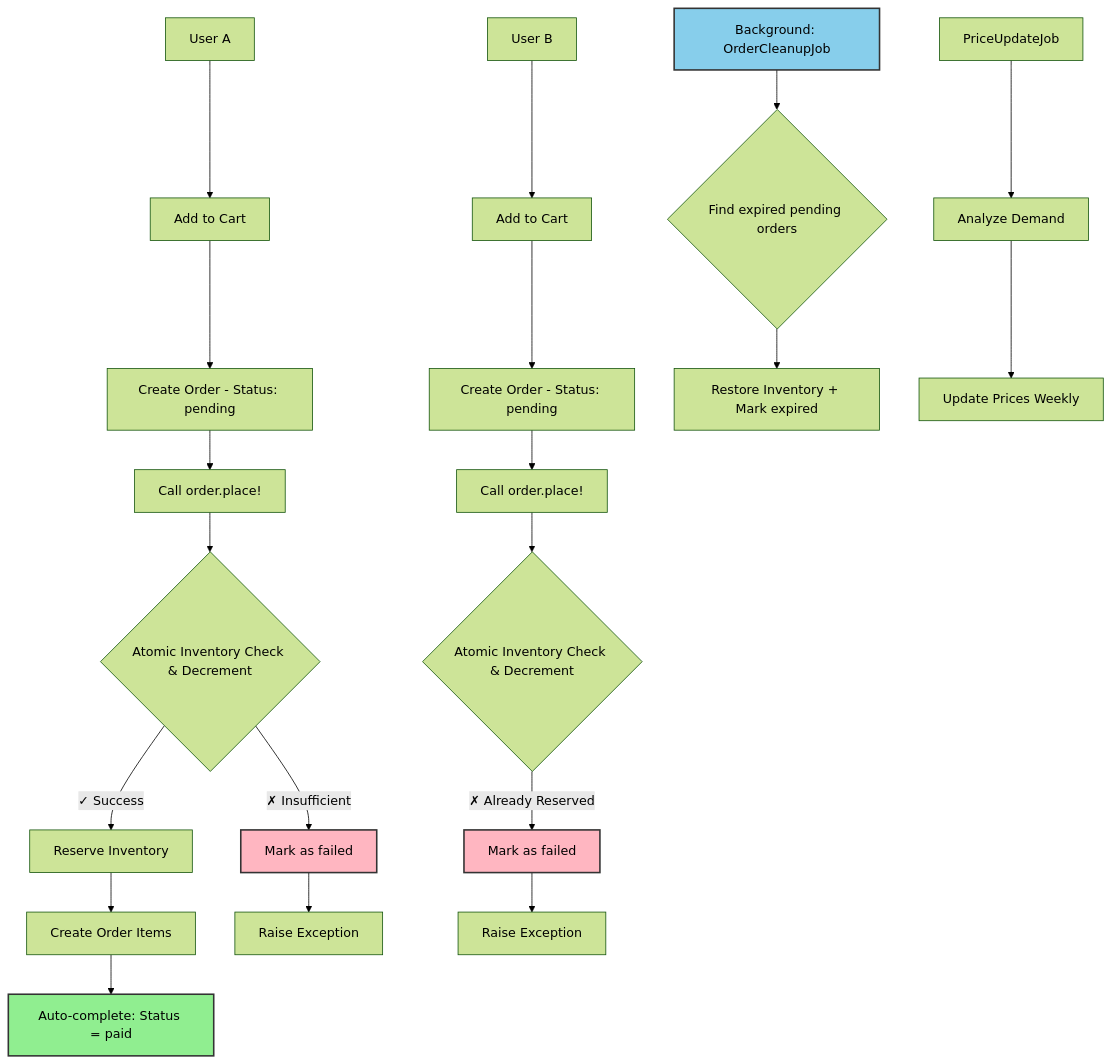
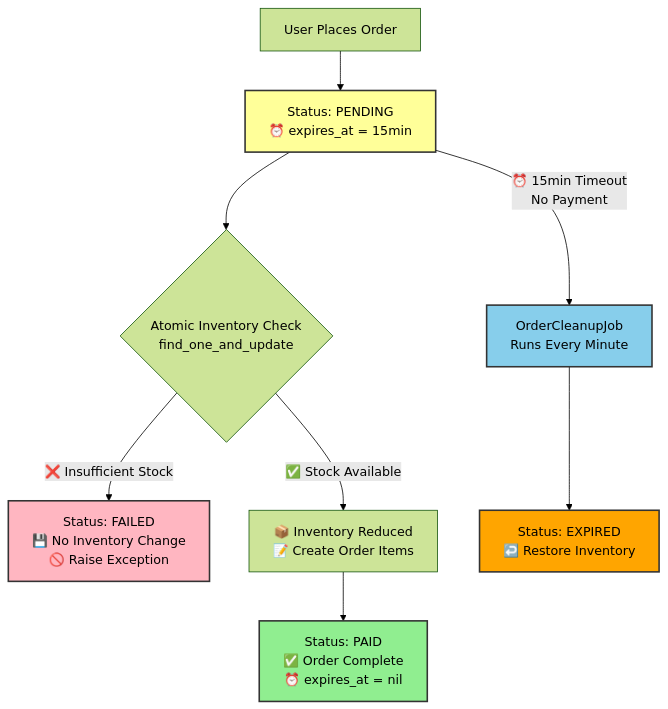
The diagram in README.md (mengrui-song/tablecheck-ruby-take-home), drawn with Mermaid (forest theme) before and after one commit.

Commit message:
docs: update flowchart in README

````diff
--- a/README.md
+++ b/README.md
@@ -108,35 +108,23 @@
 ```mermaid
 graph TD
-    A[User A] --> B[Add to Cart]
-    A2[User B] --> B2[Add to Cart]
-
-    B --> C[Create Order - Status: pending]
-    B2 --> C2[Create Order - Status: pending]
-
-    C --> D[Call order.place!]
-    C2 --> D2[Call order.place!]
-
-    D --> E{Atomic Inventory Check & Decrement}
-    D2 --> E2{Atomic Inventory Check & Decrement}
-
-    E -->|✓ Success| F[Reserve Inventory]
-    E -->|✗ Insufficient| G[Mark as failed]
-    E2 -->|✗ Already Reserved| G2[Mark as failed]
-
-    F --> H[Create Order Items]
-    H --> I[Auto-complete: Status = paid]
-
-    G --> J[Raise Exception]
-    G2 --> J2[Raise Exception]
-
-    K[Background: OrderCleanupJob] --> L{Find expired pending orders}
-    L --> M[Restore Inventory + Mark expired]
-
-    N[PriceUpdateJob] --> O[Analyze Demand]
-    O --> P[Update Prices Weekly]
-
-    style I fill:#90EE90,stroke:#333,stroke-width:2px
-    style G fill:#FFB6C1,stroke:#333,stroke-width:2px
-    style G2 fill:#FFB6C1,stroke:#333,stroke-width:2px
-    style K fill:#87CEEB,stroke:#333,stroke-width:2px
+    A[User Places Order] --> B[Status: PENDING<br/>⏰ expires_at = 15min]
+    
+    B --> C{Atomic Inventory Check<br/>find_one_and_update}
+    
+    C -->|❌ Insufficient Stock| D[Status: FAILED<br/>💾 No Inventory Change<br/>🚫 Raise Exception]
+    
+    C -->|✅ Stock Available| E[📦 Inventory Reduced<br/>📝 Create Order Items]
+    
+    E --> F[Status: PAID<br/>✅ Order Complete<br/>⏰ expires_at = nil]
+    
+    B -->|⏰ 15min Timeout<br/>No Payment| G[OrderCleanupJob<br/>Runs Every Minute]
+    
+    G --> H[Status: EXPIRED<br/>↩️ Restore Inventory]
+    
+    %% Styling
+    style F fill:#90EE90,stroke:#333,stroke-width:2px
+    style D fill:#FFB6C1,stroke:#333,stroke-width:2px  
+    style H fill:#FFA500,stroke:#333,stroke-width:2px
+    style B fill:#FFFF99,stroke:#333,stroke-width:2px
+    style G fill:#87CEEB,stroke:#333,stroke-width:2px
 ```
````
